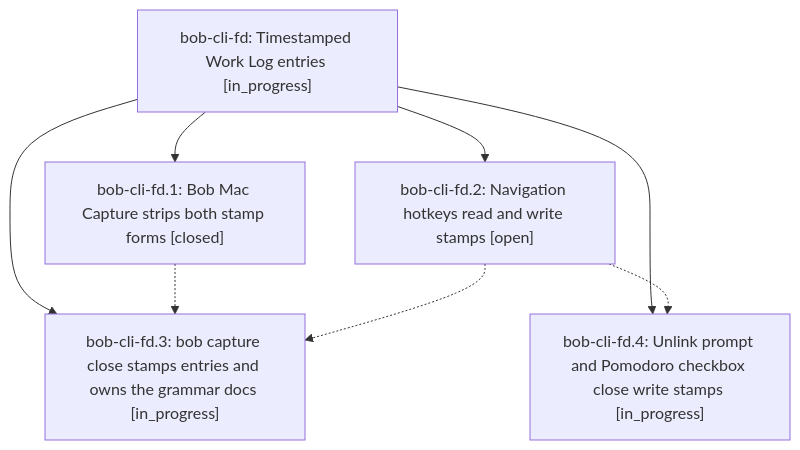
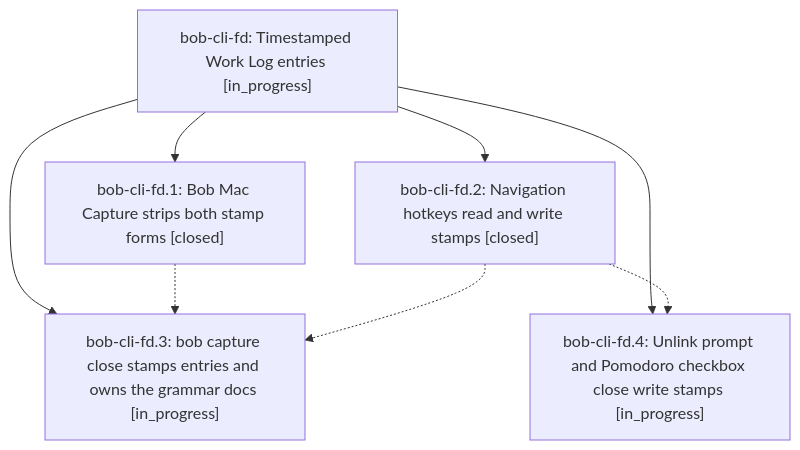
One commit to bobs-org/bob-cli--beads changed the diagram in pages/bob-cli-fd/README.md. Above: the diagram before and after it, drawn with Mermaid. The commit also changed other lines of this file and 4 other files, not shown here.

First line of the commit message:
chore(beads): sync bead state and pages for bob-cli-fd

````diff
--- a/pages/bob-cli-fd/README.md
+++ b/pages/bob-cli-fd/README.md
@@ -37,15 +39,15 @@
 ```mermaid
 flowchart TD
     n0["bob-cli-fd: Timestamped Work Log entries [in_progress]"]
     n1["bob-cli-fd.1: Bob Mac Capture strips both stamp forms [closed]"]
-    n2["bob-cli-fd.2: Navigation hotkeys read and write stamps [open]"]
+    n2["bob-cli-fd.2: Navigation hotkeys read and write stamps [closed]"]
     n3["bob-cli-fd.3: bob capture close stamps entries and owns the grammar docs [in_progress]"]
     n4["bob-cli-fd.4: Unlink prompt and Pomodoro checkbox close write stamps [in_progress]"]
     n0 --> n1
     n0 --> n2
     n0 --> n3
     n0 --> n4
     n1 -.-> n3
     n2 -.-> n3
     n2 -.-> n4
 ```
````
